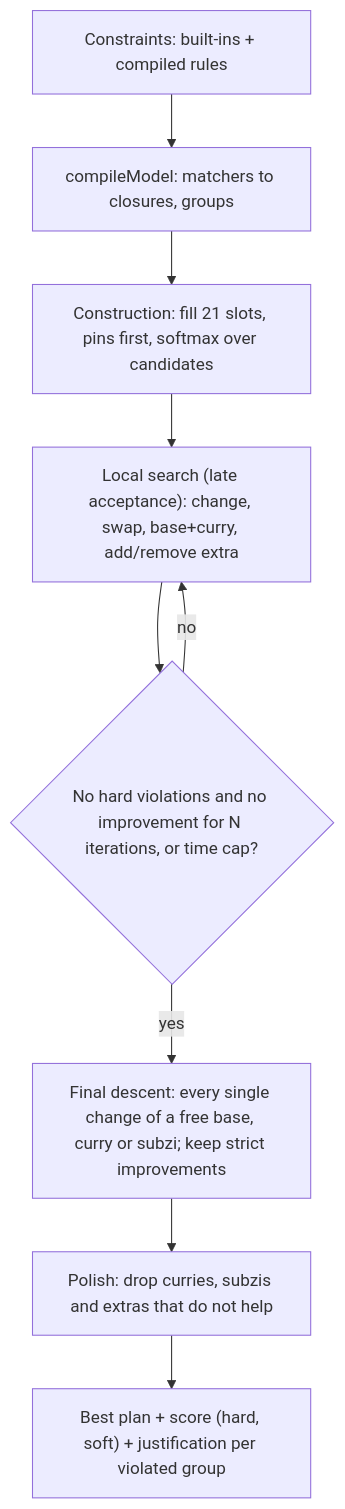
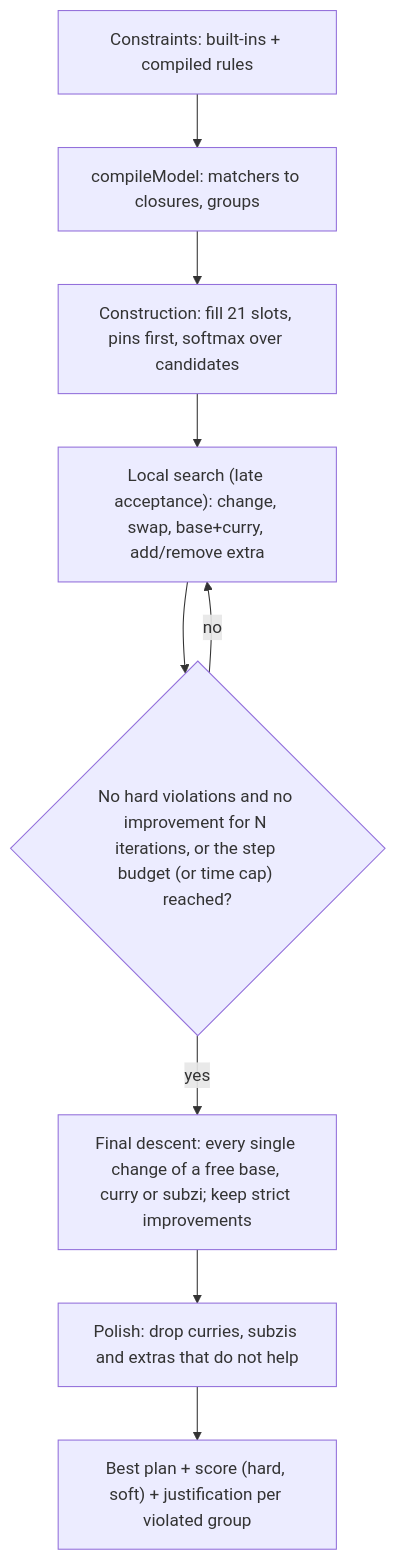
One commit to shriah/meal-planner changed the second of 2 diagrams in docs/architecture.md. Above: the diagram before and after it, drawn with Mermaid. The commit also changed other lines of this file and 1 other file, not shown here.

Commit message:
docs(planner): the search budget and its safety cap

````diff
--- a/docs/architecture.md
+++ b/docs/architecture.md
@@ -163,11 +163,11 @@
 ```mermaid
 flowchart TD
     A["Constraints: built-ins + compiled rules"] --> B["compileModel: matchers to closures, groups"]
     B --> C["Construction: fill 21 slots, pins first, softmax over candidates"]
     C --> D["Local search (late acceptance): change, swap, base+curry, add/remove extra"]
-    D --> E{"No hard violations and no improvement for N iterations, or time cap?"}
+    D --> E{"No hard violations and no improvement for N iterations, or the step budget (or time cap) reached?"}
     E -->|no| D
     E -->|yes| H["Final descent: every single change of a free base, curry or subzi; keep strict improvements"]
     H --> F["Polish: drop curries, subzis and extras that do not help"]
     F --> G["Best plan + score (hard, soft) + justification per violated group"]
 ```
````
